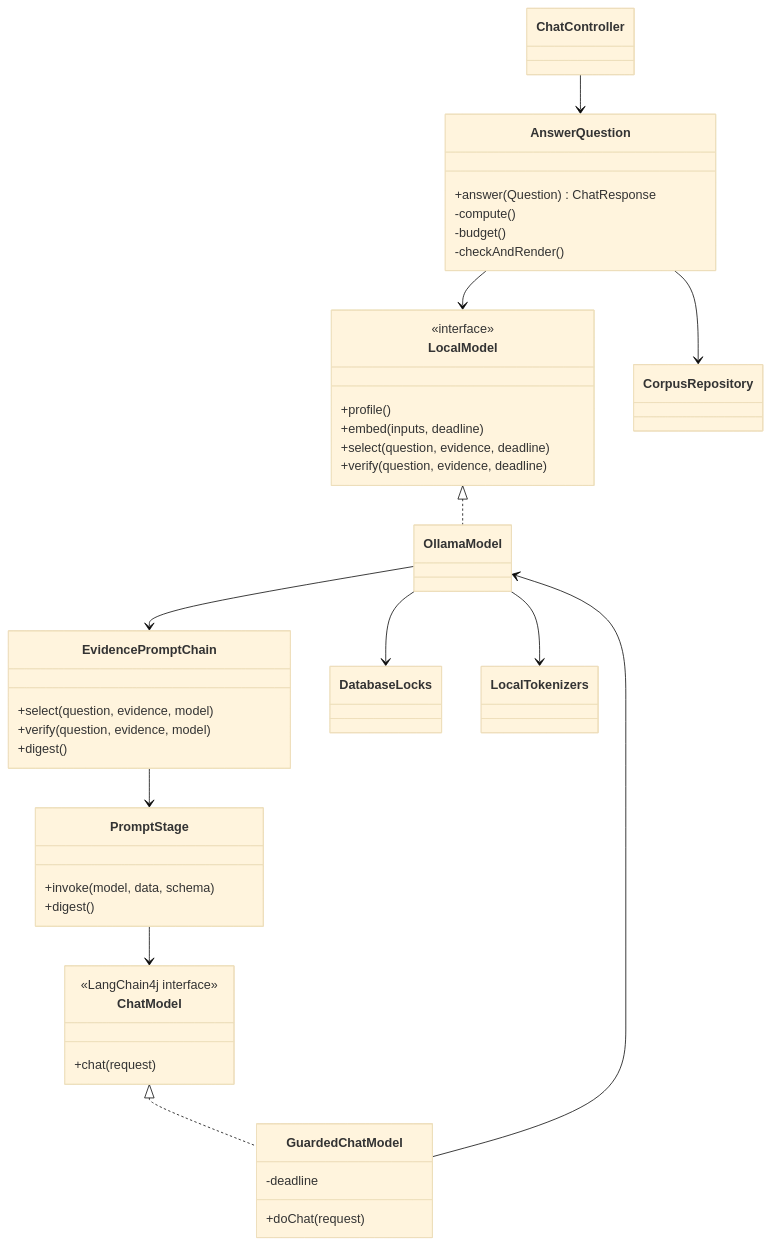
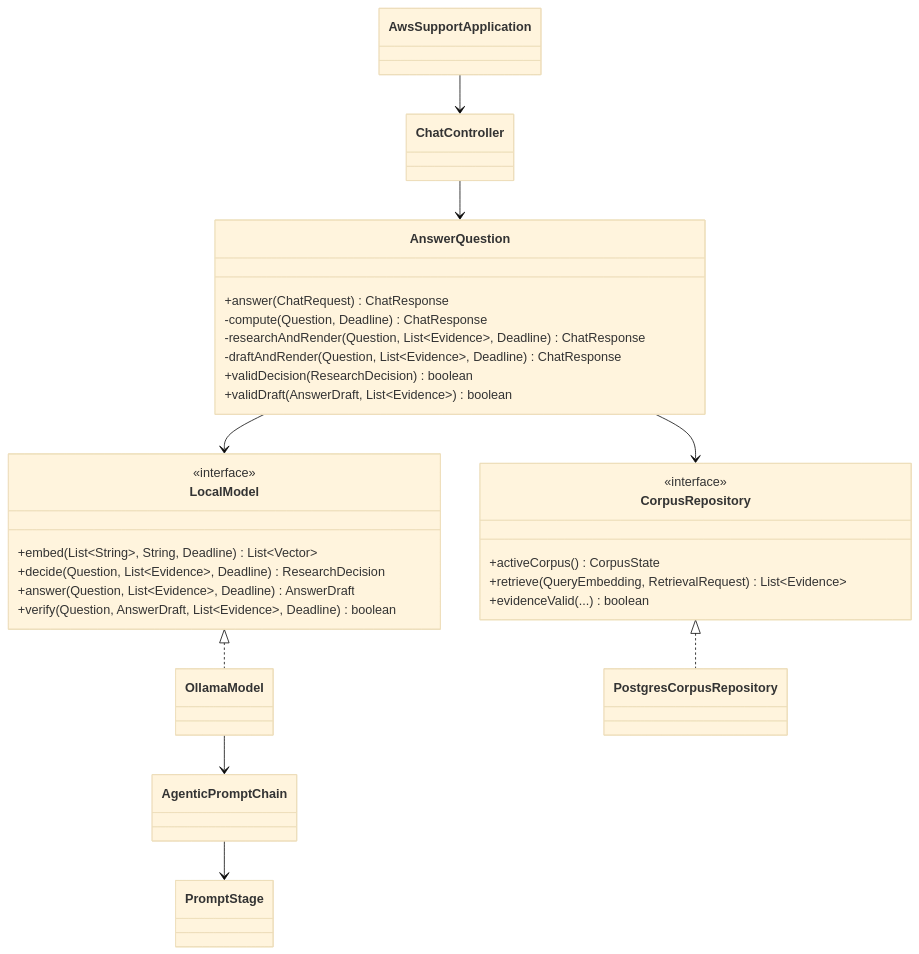
The first of 2 diagrams in docs/low-level-design.md (arpanc7/aws-tech-support-agent), drawn with Mermaid (base theme) before and after one commit. The commit also changed other lines of this file and 34 other files, not shown here.

````diff
--- a/docs/low-level-design.md
+++ b/docs/low-level-design.md
@@ -9,44 +7,39 @@
-```mermaid
+~~~mermaid
 classDiagram
+    class AwsSupportApplication
+    class ChatController
     class AnswerQuestion {
-        +answer(Question) ChatResponse
-        -compute()
-        -budget()
-        -checkAndRender()
+      +answer(ChatRequest) ChatResponse
+      -compute(Question, Deadline) ChatResponse
+      -researchAndRender(Question, List~Evidence~, Deadline) ChatResponse
+      -draftAndRender(Question, List~Evidence~, Deadline) ChatResponse
+      +validDecision(ResearchDecision) boolean
+      +validDraft(AnswerDraft, List~Evidence~) boolean
     }
     class LocalModel {
-        <<interface>>
-        +profile()
-        +embed(inputs, deadline)
-        +select(question, evidence, deadline)
-        +verify(question, evidence, deadline)
+      <<interface>>
+      +embed(List~String~, String, Deadline) List~Vector~
+      +decide(Question, List~Evidence~, Deadline) ResearchDecision
+      +answer(Question, List~Evidence~, Deadline) AnswerDraft
+      +verify(Question, AnswerDraft, List~Evidence~, Deadline) boolean
     }
-    class EvidencePromptChain {
-        +select(question, evidence, model)
-        +verify(question, evidence, model)
-        +digest()
+    class CorpusRepository {
+      <<interface>>
+      +activeCorpus() CorpusState
+      +retrieve(QueryEmbedding, RetrievalRequest) List~Evidence~
+      +evidenceValid(...) boolean
     }
-    class PromptStage {
-        +invoke(model, data, schema)
-        +digest()
-    }
-    class GuardedChatModel {
-        -deadline
-        +doChat(request)
-    }
-    class ChatModel {
-        <<LangChain4j interface>>
-        +chat(request)
-    }
+    class OllamaModel
+    class AgenticPromptChain
+    class PromptStage
+    class PostgresCorpusRepository
+
+    AwsSupportApplication --> ChatController
     ChatController --> AnswerQuestion
     AnswerQuestion --> LocalModel
     AnswerQuestion --> CorpusRepository
     LocalModel <|.. OllamaModel
-    OllamaModel --> EvidencePromptChain
-    EvidencePromptChain --> PromptStage
-    PromptStage --> ChatModel
-    ChatModel <|.. GuardedChatModel
-    GuardedChatModel --> OllamaModel
-    OllamaModel --> DatabaseLocks
-    OllamaModel --> LocalTokenizers
-```
+    CorpusRepository <|.. PostgresCorpusRepository
+    OllamaModel --> AgenticPromptChain
+    AgenticPromptChain --> PromptStage
+~~~
````
